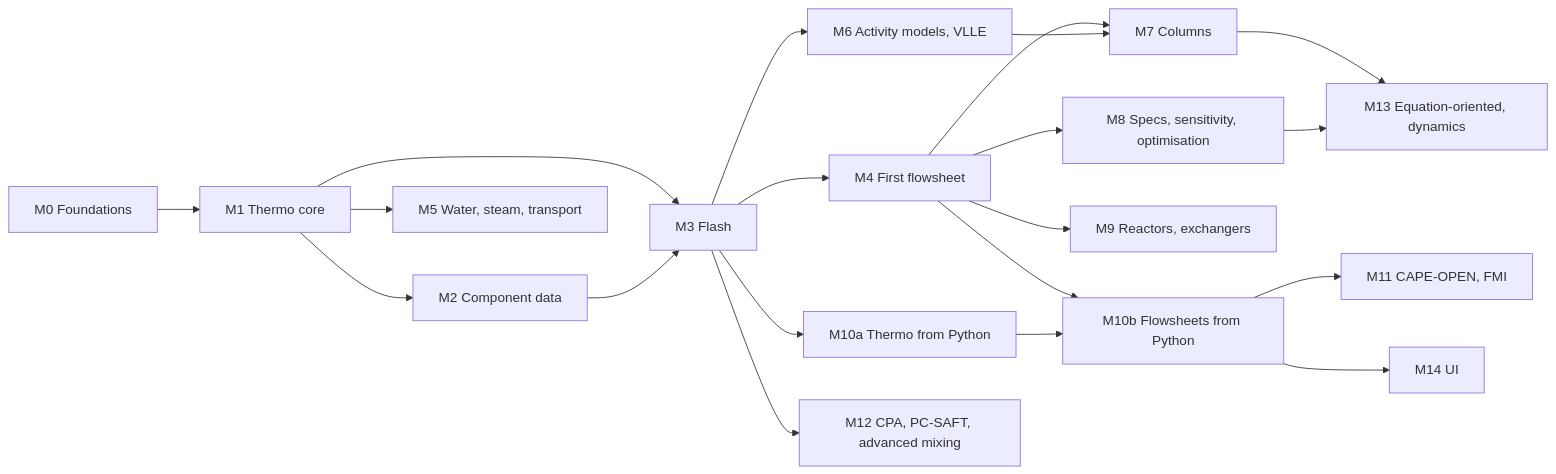
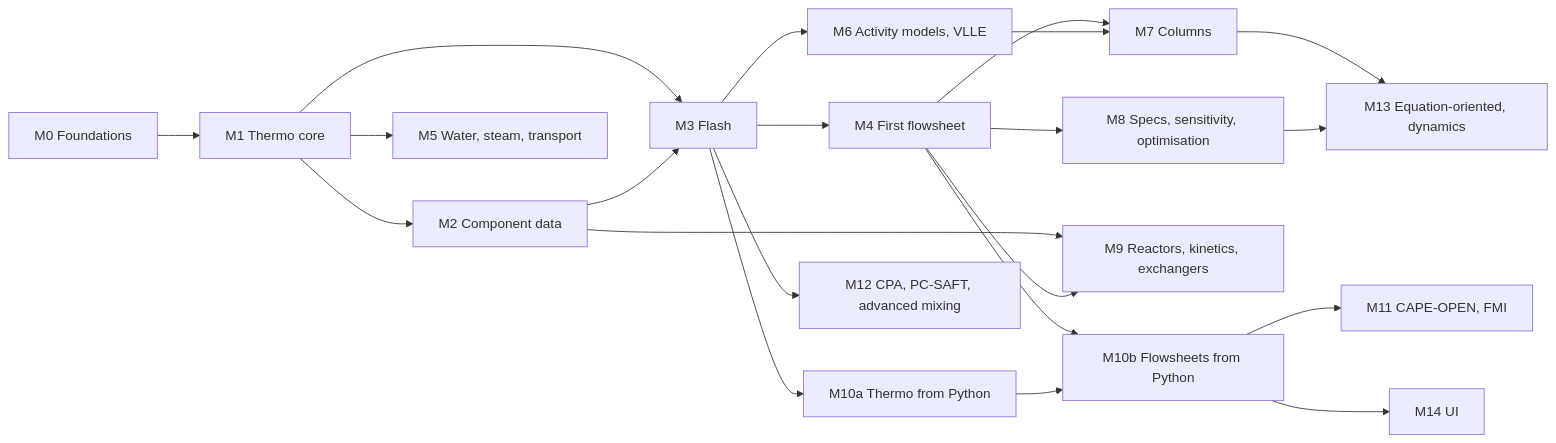
Before and after one commit to RickyKimani/reflux: the diagram in docs/roadmap.md, drawn with Mermaid. The commit also changed other lines of this file and 2 other files, not shown here.

First line of the commit message:
Plan structured reaction kinetics (Track L, M9)

````diff
--- a/docs/roadmap.md
+++ b/docs/roadmap.md
@@ -54,22 +54,23 @@
 ```mermaid
 flowchart LR
   M0[M0 Foundations] --> M1[M1 Thermo core]
   M1 --> M2[M2 Component data]
   M1 --> M3[M3 Flash]
   M2 --> M3
   M3 --> M4[M4 First flowsheet]
   M1 --> M5[M5 Water, steam, transport]
   M3 --> M6[M6 Activity models, VLLE]
   M4 --> M7[M7 Columns]
   M6 --> M7
   M4 --> M8[M8 Specs, sensitivity, optimisation]
-  M4 --> M9[M9 Reactors, exchangers]
+  M2 --> M9[M9 Reactors, kinetics, exchangers]
+  M4 --> M9
   M3 --> M10a[M10a Thermo from Python]
   M4 --> M10b[M10b Flowsheets from Python]
   M10a --> M10b
   M10b --> M11[M11 CAPE-OPEN, FMI]
   M3 --> M12[M12 CPA, PC-SAFT, advanced mixing]
   M7 --> M13[M13 Equation-oriented, dynamics]
   M8 --> M13
   M10b --> M14[M14 UI]
 ```
````
